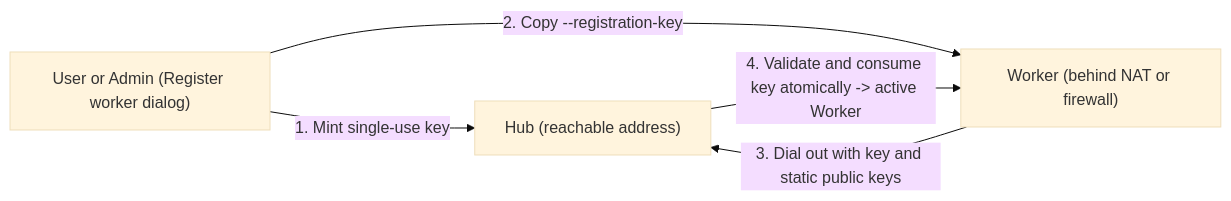
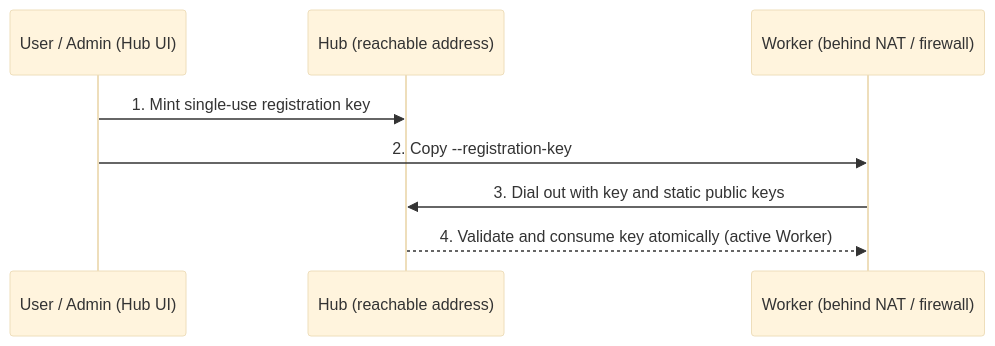
The first of 2 diagrams in site/content/docs/admin/managing-workers.md (leapmux/leapmux), drawn with Mermaid (base theme) before and after one commit. The commit also changed other lines of this file and 82 other files, not shown here.

First line of the commit message:
docs(site): Fix diagrams, expand UI screenshots, and clarify docs

````diff
--- a/site/content/docs/admin/managing-workers.md
+++ b/site/content/docs/admin/managing-workers.md
@@ -41,7 +41,11 @@
 ```mermaid
-flowchart LR
-    User["User or Admin (Register worker dialog)"] -->|"1. Mint single-use key"| Hub["Hub (reachable address)"]
-    User -->|"2. Copy --registration-key"| Worker["Worker (behind NAT or firewall)"]
-    Worker -->|"3. Dial out with key and static public keys"| Hub
-    Hub -->|"4. Validate and consume key atomically -> active Worker"| Worker
+sequenceDiagram
+    participant U as User / Admin (Hub UI)
+    participant H as Hub (reachable address)
+    participant W as Worker (behind NAT / firewall)
+
+    U->>H: 1. Mint single-use registration key
+    U->>W: 2. Copy --registration-key
+    W->>H: 3. Dial out with key and static public keys
+    H-->>W: 4. Validate and consume key atomically (active Worker)
 ```
````
